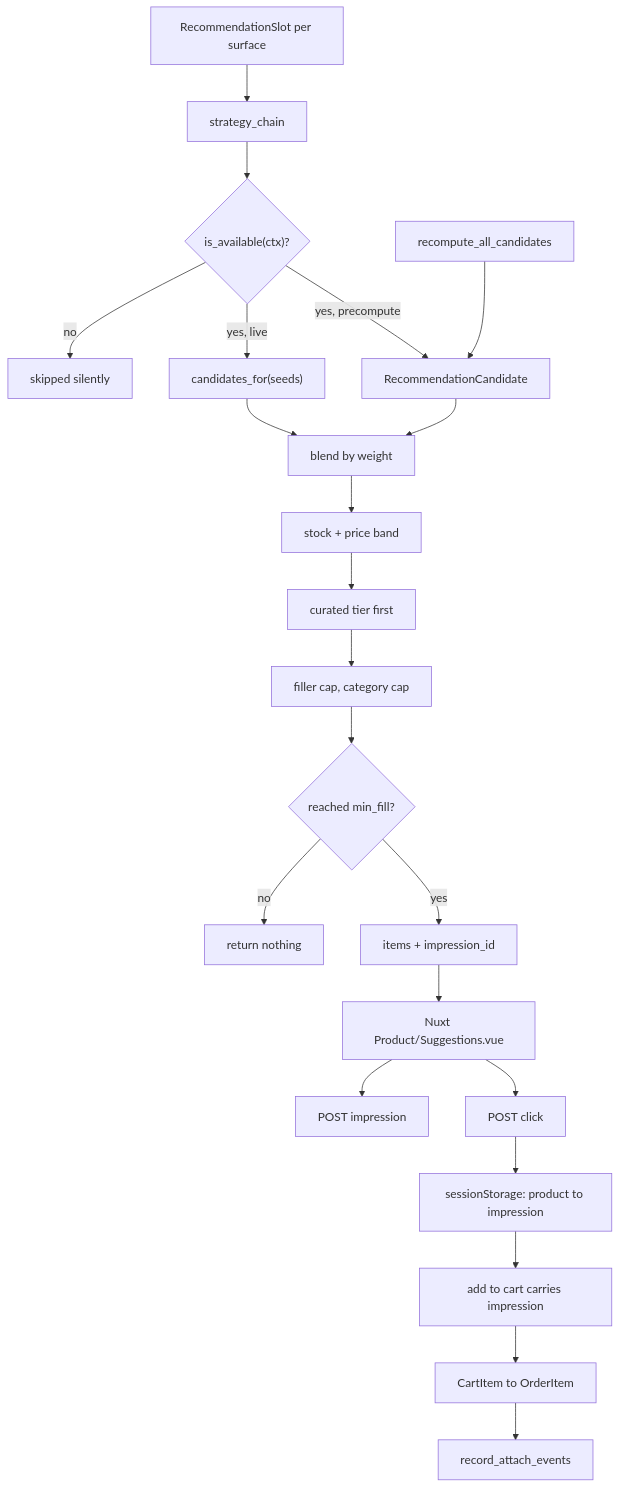
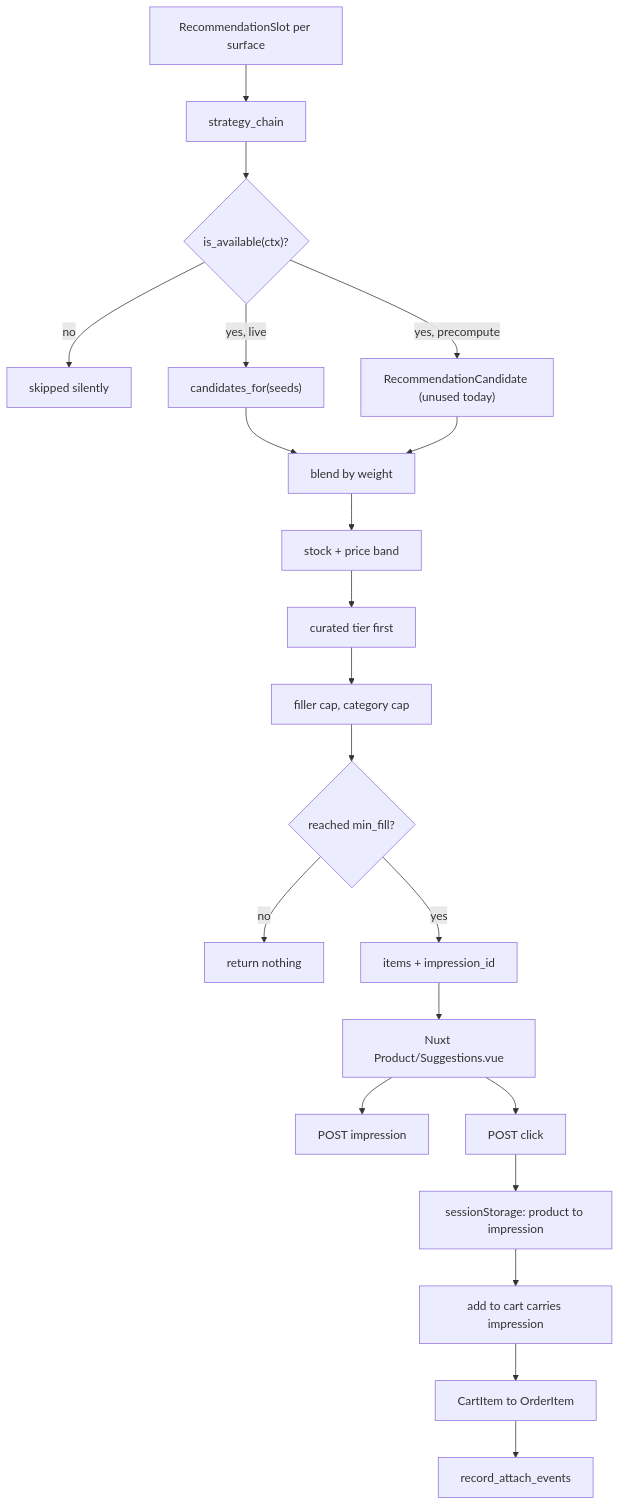
One commit to vasilistotskas/grooveshop-docs changed the diagram in src/dev/flows/recommendations.md. Above: the diagram before and after it, drawn with Mermaid. The commit also changed other lines of this file and 117 other files, not shown here.

````diff
--- a/src/dev/flows/recommendations.md
+++ b/src/dev/flows/recommendations.md
@@ -21,25 +21,24 @@
 ```mermaid
 flowchart TD
   Slot["RecommendationSlot per surface"] --> Chain["strategy_chain"]
   Chain --> Avail{"is_available(ctx)?"}
   Avail -- "no" --> Skip["skipped silently"]
   Avail -- "yes, live" --> Live["candidates_for(seeds)"]
-  Avail -- "yes, precompute" --> Table["RecommendationCandidate"]
-  Nightly["recompute_all_candidates"] --> Table
+  Avail -- "yes, precompute" --> Table["RecommendationCandidate (unused today)"]
   Live --> Merge["blend by weight"]
   Table --> Merge
   Merge --> Guard["stock + price band"]
   Guard --> Tier["curated tier first"]
   Tier --> Div["filler cap, category cap"]
   Div --> Fill{"reached min_fill?"}
   Fill -- "no" --> Nothing["return nothing"]
   Fill -- "yes" --> Resp["items + impression_id"]
 
   Resp --> Strip["Nuxt Product/Suggestions.vue"]
   Strip --> Imp["POST impression"]
   Strip --> Clk["POST click"]
   Clk --> Remember["sessionStorage: product to impression"]
   Remember --> ATC["add to cart carries impression"]
   ATC --> Line["CartItem to OrderItem"]
   Line --> Attach["record_attach_events"]
 ```
````
